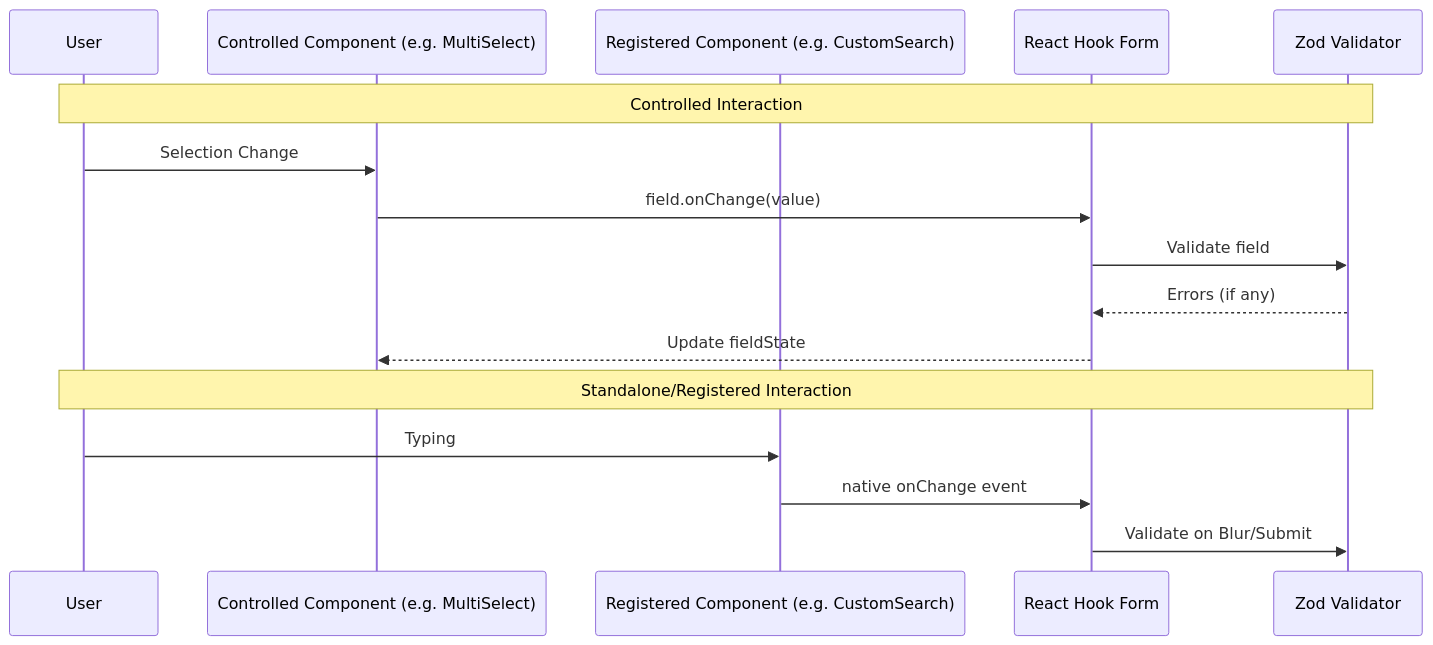
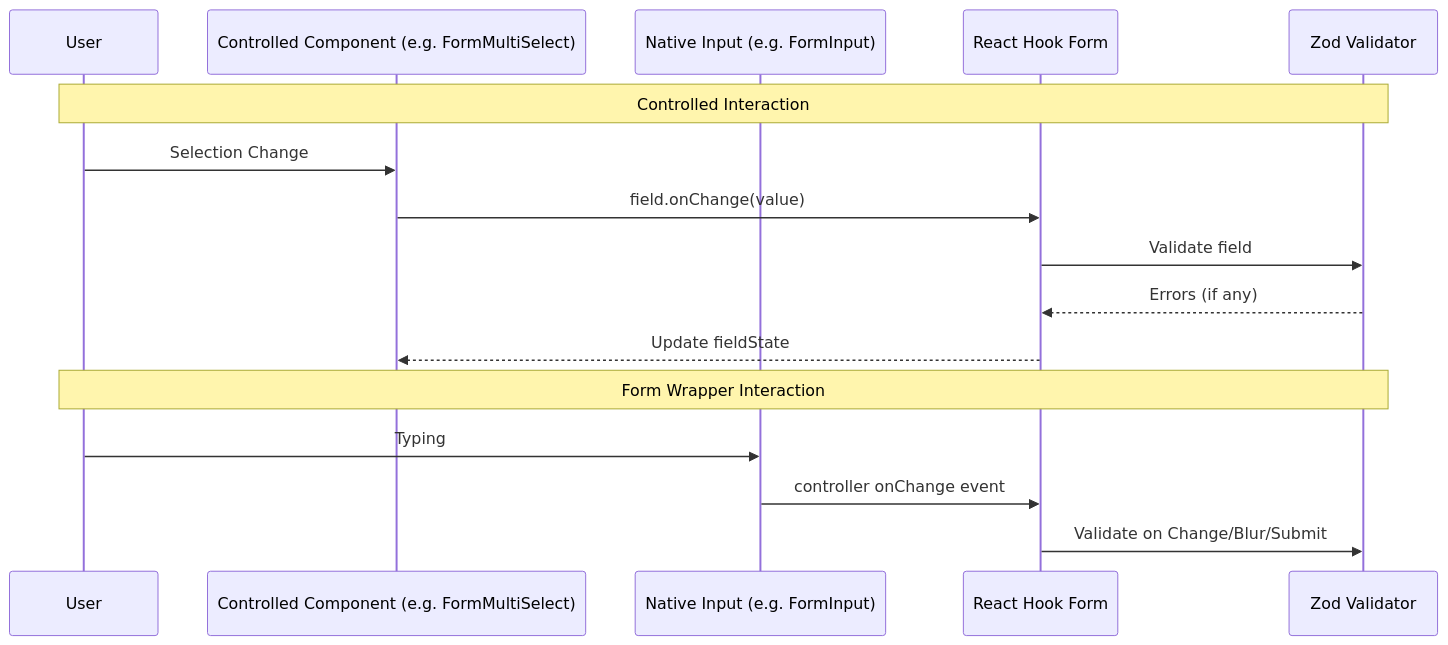
The second of 2 diagrams in docs/ARCHITECTURE.md (amr441818/featuerd-base-codebase), drawn with Mermaid before and after one commit. The commit also changed other lines of this file and 21 other files, not shown here.

````diff
--- a/docs/ARCHITECTURE.md
+++ b/docs/ARCHITECTURE.md
@@ -45,20 +42,20 @@
 ```mermaid
 sequenceDiagram
     participant User
-    participant Comp as Controlled Component (e.g. MultiSelect)
-    participant Reg as Registered Component (e.g. CustomSearch)
+    participant Comp as Controlled Component (e.g. FormMultiSelect)
+    participant Reg as Native Input (e.g. FormInput)
     participant RHF as React Hook Form
     participant Schema as Zod Validator
 
     Note over User,Schema: Controlled Interaction
     User->>Comp: Selection Change
     Comp->>RHF: field.onChange(value)
     RHF->>Schema: Validate field
     Schema-->>RHF: Errors (if any)
     RHF-->>Comp: Update fieldState
 
-    Note over User,Schema: Standalone/Registered Interaction
+    Note over User,Schema: Form Wrapper Interaction
     User->>Reg: Typing
-    Reg->>RHF: native onChange event
-    RHF->>Schema: Validate on Blur/Submit
+    Reg->>RHF: controller onChange event
+    RHF->>Schema: Validate on Change/Blur/Submit
 ```
````
